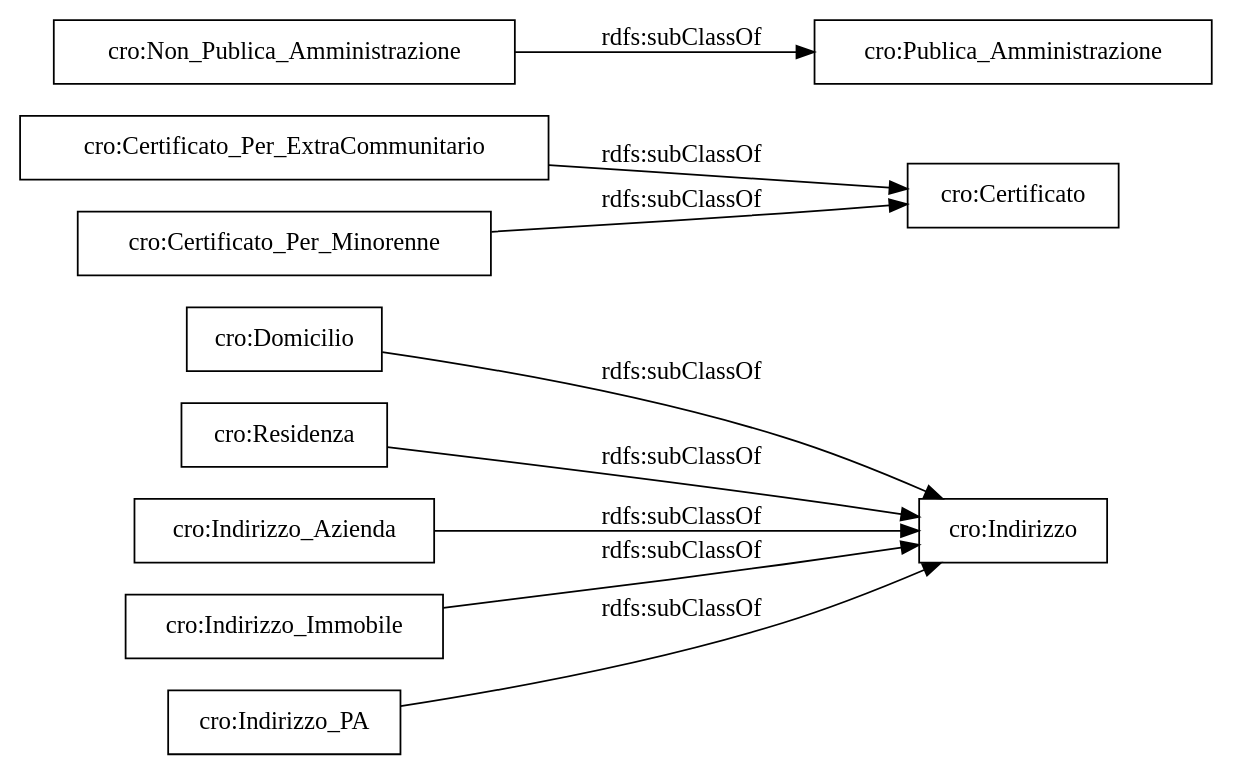
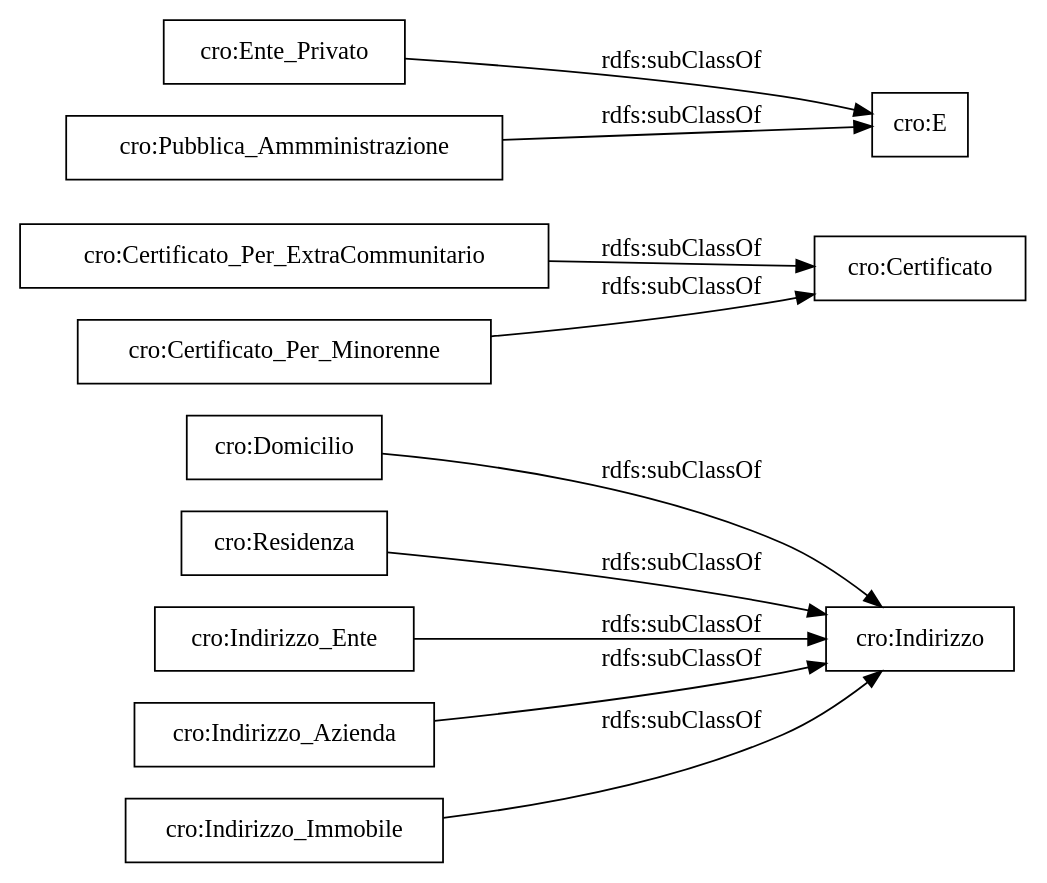
Before and after one commit to gcarau/RichiestaCertificati: the diagram in OnToology/CertificateRequest.ttl/diagrams/ar2dtool-taxonomy/CertificateRequest.ttl.png.dot, drawn with Graphviz. The commit also changed 12 other files, not shown here.

```diff
--- a/OnToology/CertificateRequest.ttl/diagrams/ar2dtool-taxonomy/CertificateRequest.ttl.png.dot
+++ b/OnToology/CertificateRequest.ttl/diagrams/ar2dtool-taxonomy/CertificateRequest.ttl.png.dot
@@ -1,14 +1,15 @@
 digraph ar2dtool_diagram { 
 rankdir=LR;
 size="1000"
-node [shape = rectangle, color="black"]; "cro:Domicilio" "cro:Certificato" "cro:Residenza" "cro:Certificato_Per_ExtraCommunitario" "cro:Non_Publica_Amministrazione" "cro:Indirizzo_Azienda" "cro:Indirizzo_Immobile" "cro:Certificato_Per_Minorenne" "cro:Indirizzo" "cro:Indirizzo_PA" "cro:Publica_Amministrazione" ; /*classes style*/
-	"cro:Non_Publica_Amministrazione" -> "cro:Publica_Amministrazione" [ label = "rdfs:subClassOf" ];
+node [shape = rectangle, color="black"]; "cro:Domicilio" "cro:Certificato" "cro:Residenza" "cro:Certificato_Per_ExtraCommunitario" "cro:E" "cro:Ente_Privato" "cro:Indirizzo_Ente" "cro:Pubblica_Ammministrazione" "cro:Indirizzo_Azienda" "cro:Indirizzo_Immobile" "cro:Certificato_Per_Minorenne" "cro:Indirizzo" ; /*classes style*/
+	"cro:Pubblica_Ammministrazione" -> "cro:E" [ label = "rdfs:subClassOf" ];
 	"cro:Certificato_Per_Minorenne" -> "cro:Certificato" [ label = "rdfs:subClassOf" ];
+	"cro:Indirizzo_Ente" -> "cro:Indirizzo" [ label = "rdfs:subClassOf" ];
 	"cro:Indirizzo_Azienda" -> "cro:Indirizzo" [ label = "rdfs:subClassOf" ];
+	"cro:Ente_Privato" -> "cro:E" [ label = "rdfs:subClassOf" ];
 	"cro:Certificato_Per_ExtraCommunitario" -> "cro:Certificato" [ label = "rdfs:subClassOf" ];
 	"cro:Residenza" -> "cro:Indirizzo" [ label = "rdfs:subClassOf" ];
 	"cro:Domicilio" -> "cro:Indirizzo" [ label = "rdfs:subClassOf" ];
-	"cro:Indirizzo_PA" -> "cro:Indirizzo" [ label = "rdfs:subClassOf" ];
 	"cro:Indirizzo_Immobile" -> "cro:Indirizzo" [ label = "rdfs:subClassOf" ];
 
 }
```
